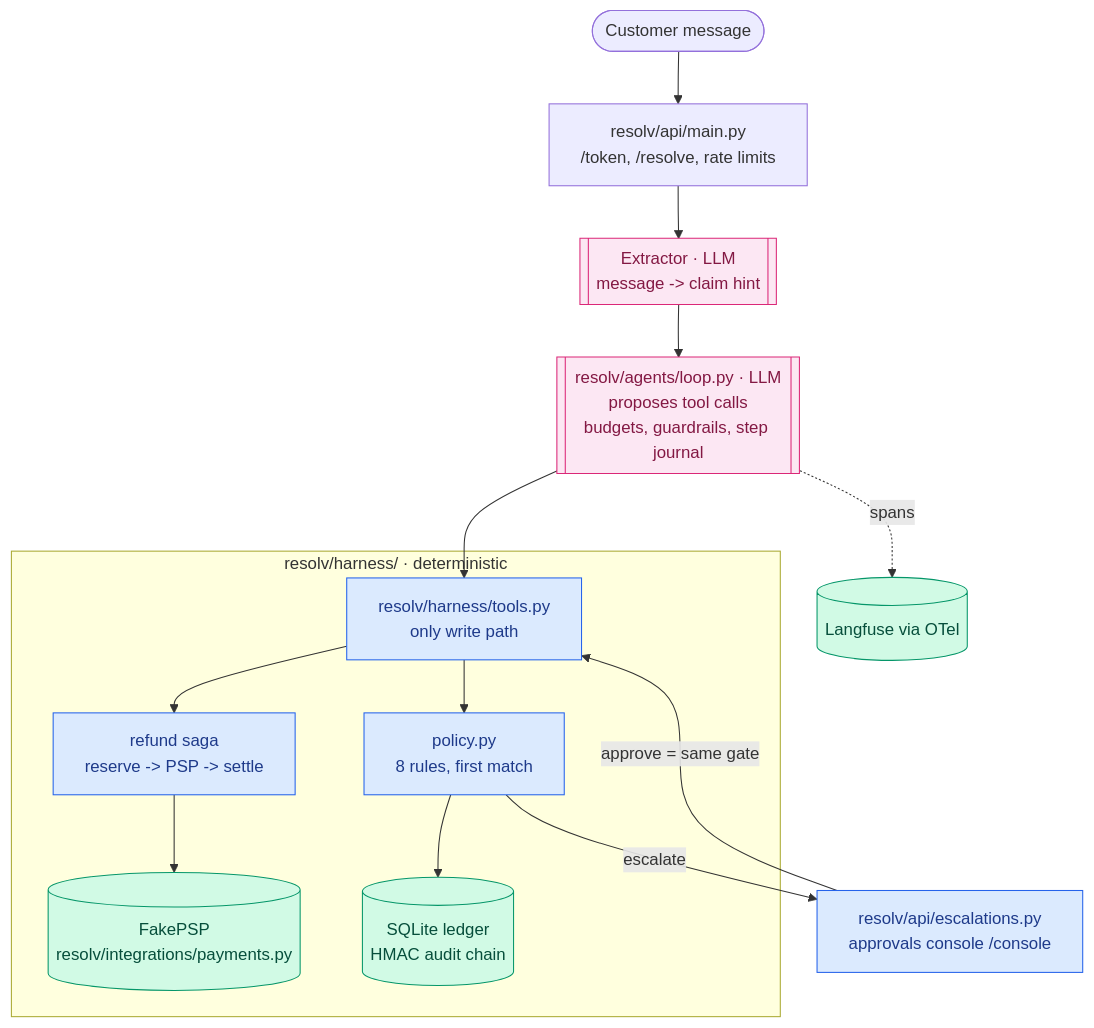
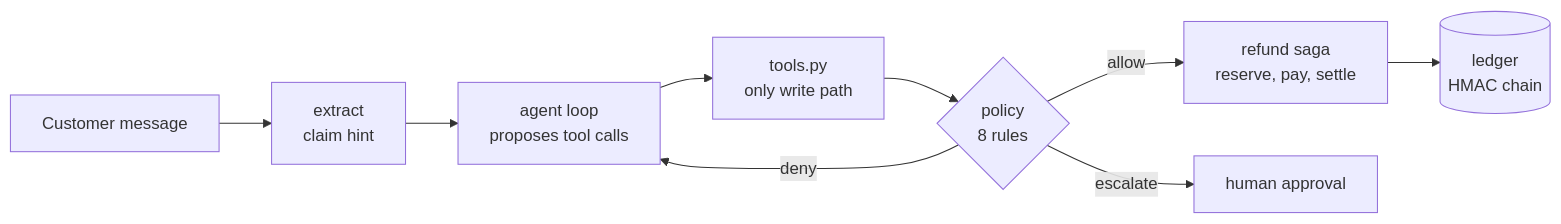
Before and after one commit to AmanDataGuy/Resolv: the diagram in README.md, drawn with Mermaid. The commit also changed other lines of this file, not shown here.

````diff
--- a/README.md
+++ b/README.md
@@ -41,19 +82,11 @@
 ```mermaid
-flowchart TD
-    Msg([Customer message]) --> API[resolv/api/main.py<br>/token, /resolve, rate limits]
-    API --> Ext[[Extractor · LLM<br>message -> claim hint]]:::llm
-    Ext --> Loop[[resolv/agents/loop.py · LLM<br>proposes tool calls<br>budgets, guardrails, step journal]]:::llm
-    Loop --> Tools[resolv/harness/tools.py<br>only write path]:::h
-    subgraph HARNESS [resolv/harness/ · deterministic]
-        Tools --> Policy[policy.py<br>8 rules, first match]:::h
-        Tools --> Saga[refund saga<br>reserve -> PSP -> settle]:::h
-        Saga --> PSP[(FakePSP<br>resolv/integrations/payments.py)]:::io
-        Policy --> Ledger[(SQLite ledger<br>HMAC audit chain)]:::io
-    end
-    Policy -->|escalate| Esc[resolv/api/escalations.py<br>approvals console /console]:::h
-    Esc -->|approve = same gate| Tools
-    Loop -.spans.-> LF[(Langfuse via OTel)]:::io
-    classDef llm fill:#fce7f3,stroke:#db2777,color:#831843;
-    classDef h fill:#dbeafe,stroke:#2563eb,color:#1e3a8a;
-    classDef io fill:#d1fae5,stroke:#059669,color:#064e3b;
+flowchart LR
+    M[Customer message] --> X[extract<br>claim hint]
+    X --> L[agent loop<br>proposes tool calls]
+    L --> T[tools.py<br>only write path]
+    T --> P{policy<br>8 rules}
+    P -->|allow| S[refund saga<br>reserve, pay, settle]
+    P -->|escalate| H[human approval]
+    P -->|deny| L
+    S --> D[(ledger<br>HMAC chain)]
 ```
````
